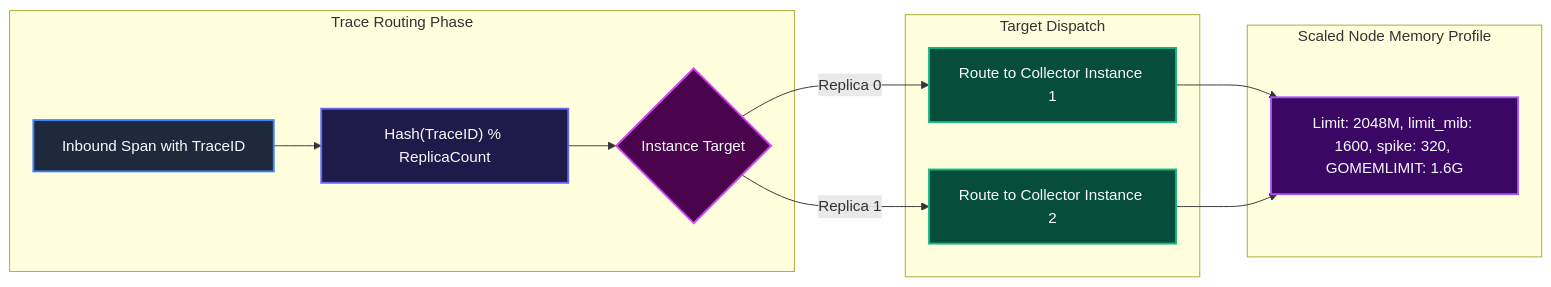
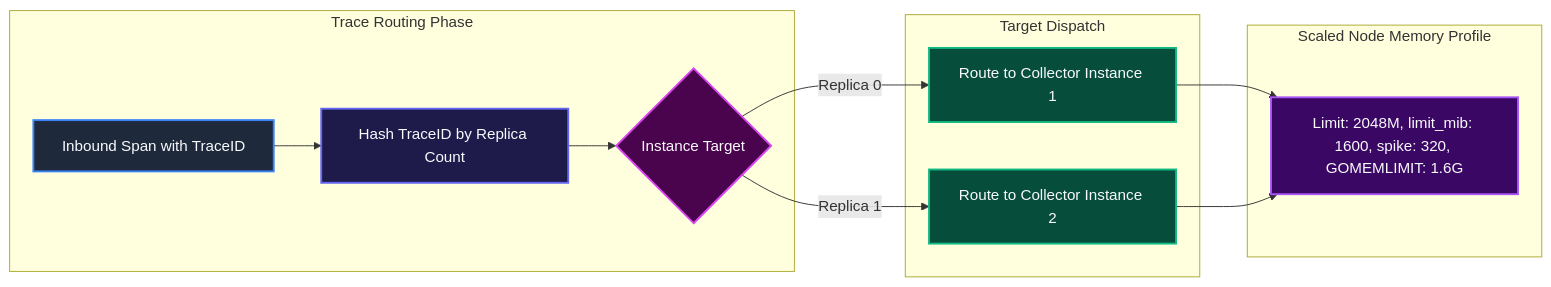
One commit to Chief-Strategist-J/llm-obs-infra changed diagram 20 of 22 in docs/configDoc/otel-collector-configuration-guide.md. Above: the diagram before and after it, drawn with Mermaid. The commit also changed other lines of this file and 4 other files, not shown here.

First line of the commit message:
fix(docs): resolve Mermaid parse errors in edge labels across OTel guide and ADR-0009

````diff
--- a/docs/configDoc/otel-collector-configuration-guide.md
+++ b/docs/configDoc/otel-collector-configuration-guide.md
@@ -1669,24 +1669,24 @@
 ```mermaid
 graph LR
     subgraph TraceRouting ["Trace Routing Phase"]
-        TraceIn["Inbound Span with TraceID"] --> HashFunc["Hash(TraceID) % ReplicaCount"]
+        TraceIn["Inbound Span with TraceID"] --> HashFunc["Hash TraceID by Replica Count"]
         HashFunc --> RouteDecision{"Instance Target"}
     end
 
     subgraph NodeForwarding ["Target Dispatch"]
         RouteDecision -->|Replica 0| Node0["Route to Collector Instance 1"]
         RouteDecision -->|Replica 1| Node1["Route to Collector Instance 2"]
     end
 
     subgraph MemoryPacing ["Scaled Node Memory Profile"]
         Node0 --> SizingProfile["Limit: 2048M, limit_mib: 1600, spike: 320, GOMEMLIMIT: 1.6G"]
         Node1 --> SizingProfile
     end
 
     style TraceIn fill:#1e293b,stroke:#3b82f6,stroke-width:2px,color:#f8fafc
     style HashFunc fill:#1e1b4b,stroke:#6366f1,stroke-width:2px,color:#f8fafc
     style RouteDecision fill:#4a044e,stroke:#d946ef,stroke-width:2px,color:#f8fafc
     style Node0 fill:#064e3b,stroke:#10b981,stroke-width:2px,color:#f8fafc
     style Node1 fill:#064e3b,stroke:#10b981,stroke-width:2px,color:#f8fafc
     style SizingProfile fill:#3b0764,stroke:#a855f7,stroke-width:2px,color:#f8fafc
 ```
````
